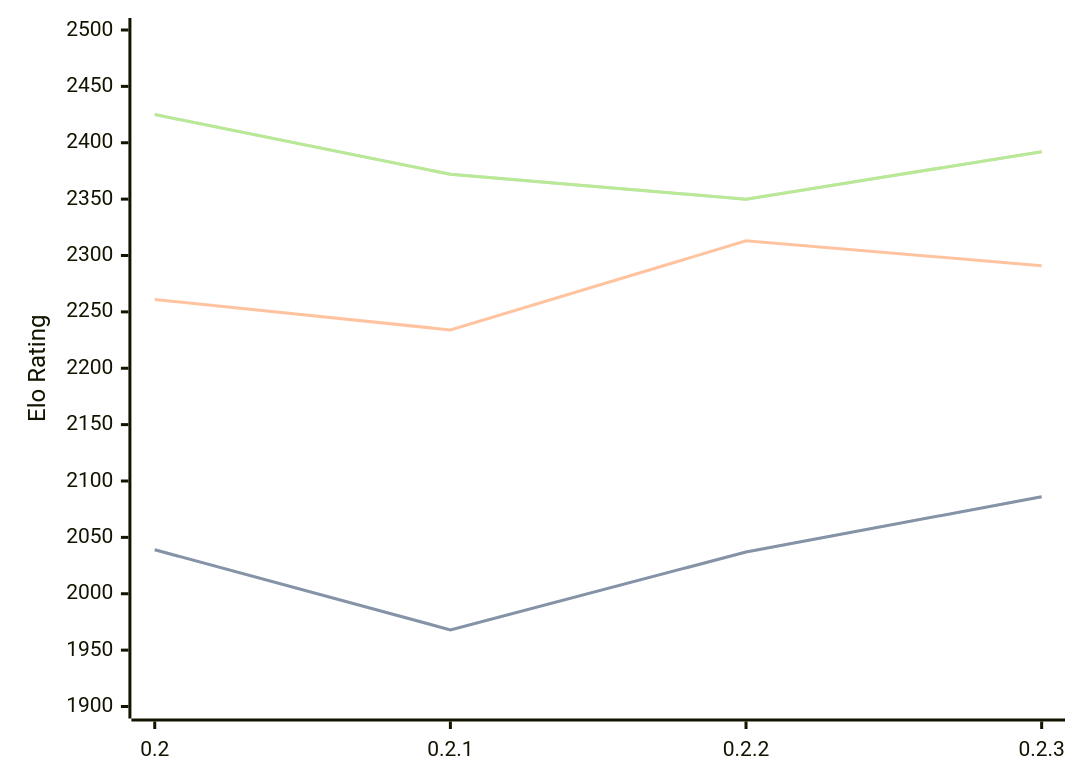
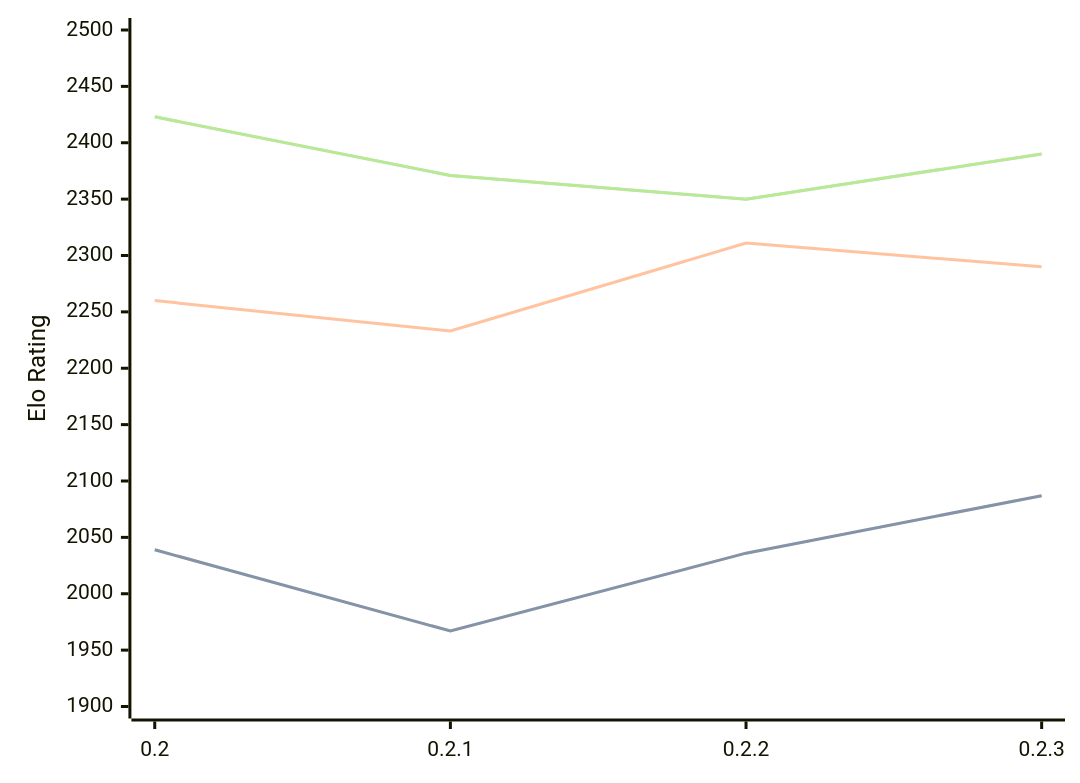
One commit to computer-chess-index/cci changed the diagram in engines/Lolbot.md. Above: the diagram before and after it, drawn with Mermaid. The commit also changed other lines of this file, not shown here.

Commit message:
Update CCI Ratings (ELO VLTC) - 2026-03-04

````diff
--- a/engines/Lolbot.md
+++ b/engines/Lolbot.md
@@ -33,11 +33,11 @@
 ```mermaid
 %%{init: {"theme":"base","themeVariables":{"seriesColors:['#a3a3a3','#222221','#faa371']}}}%%
 xychart-beta
   x-axis ["0.2", "0.2.1", "0.2.2", "0.2.3"]
   y-axis "Elo Rating" 1900 --> 2500
-  line "STC (8.0+0.08s)" [2039, 1968, 2037, 2086]
-  line "STC (8.0+0.08s)" [2039, 1968, 2037, 2086]
-  line "LTC (60.0+0.60s)" [2261, 2234, 2313, 2291]
-  line "VLTC (2m24s+1.12s)" [2425, 2372, 2350, 2392]
-  line "VLTC (2m24s+1.12s)" [2425, 2372, 2350, 2392]
+  line "STC (8.0+0.08s)" [2039, 1967, 2036, 2087]
+  line "STC (8.0+0.08s)" [2039, 1967, 2036, 2087]
+  line "LTC (60.0+0.60s)" [2260, 2233, 2311, 2290]
+  line "VLTC (2m24s+1.12s)" [2423, 2371, 2350, 2390]
+  line "VLTC (2m24s+1.12s)" [2423, 2371, 2350, 2390]
 ```
````
